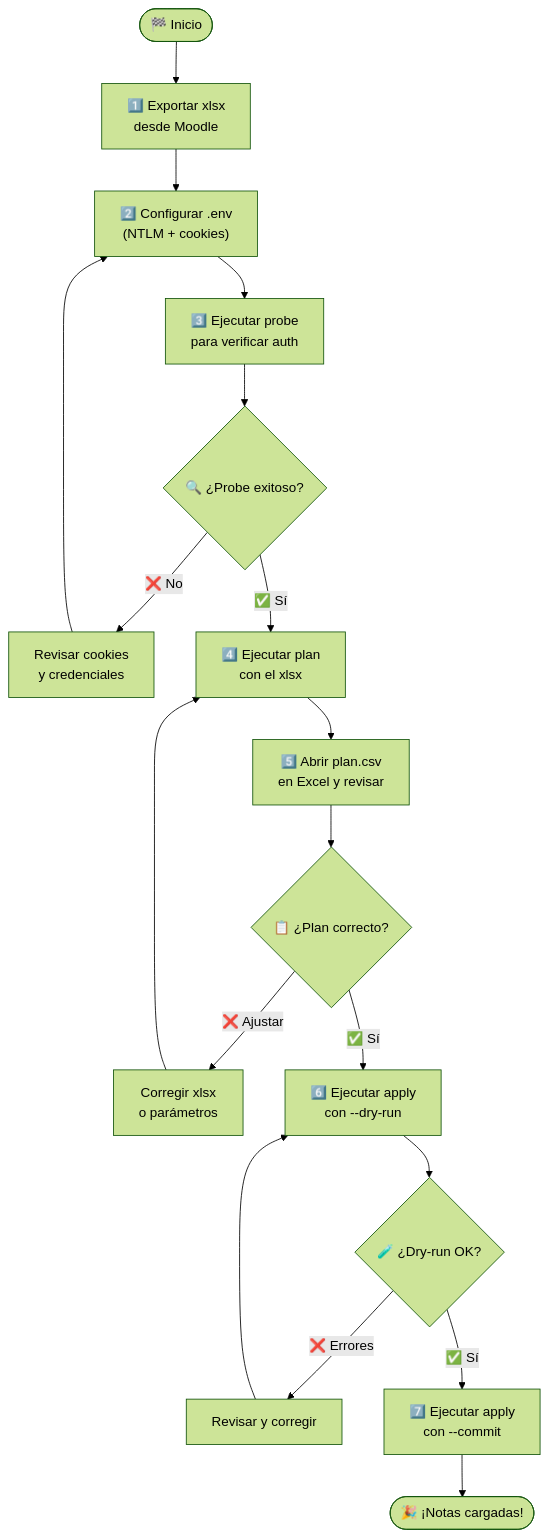
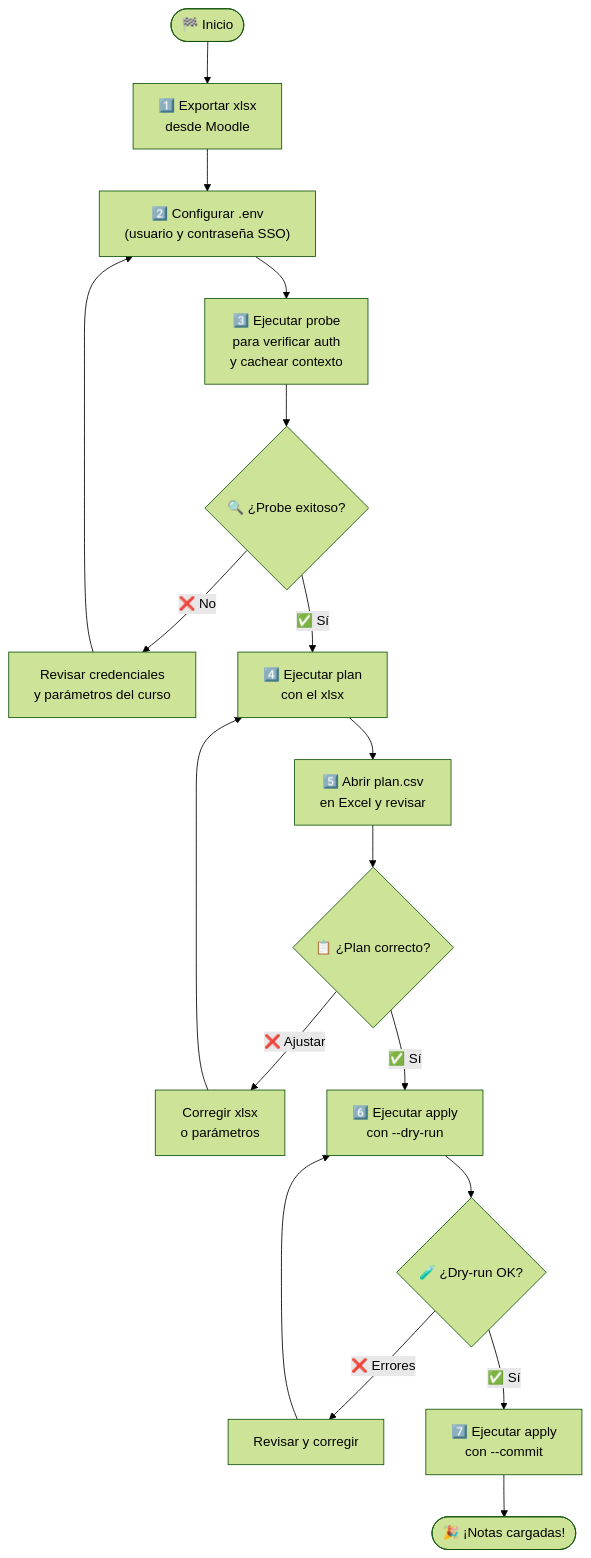
The fourth of 5 diagrams in README.md (chhdeza/grade-uploader), drawn with Mermaid (forest theme) before and after one commit. The commit also changed other lines of this file and 1 other file, not shown here.

First line of the commit message:
Remove obsolete cookie-based auth documentation

````diff
--- a/README.md
+++ b/README.md
@@ -721,24 +500,24 @@
 ```mermaid
 flowchart TD
     Start(["🏁 Inicio"]) --> Step1
     Step1["1️⃣ Exportar xlsx\ndesde Moodle"] --> Step2
-    Step2["2️⃣ Configurar .env\n(NTLM + cookies)"] --> Step3
-    Step3["3️⃣ Ejecutar probe\npara verificar auth"] --> Check1
+    Step2["2️⃣ Configurar .env\n(usuario y contraseña SSO)"] --> Step3
+    Step3["3️⃣ Ejecutar probe\npara verificar auth\ny cachear contexto"] --> Check1
     Check1{"🔍 ¿Probe exitoso?"}
-    Check1 -- "❌ No" --> Fix1["Revisar cookies\ny credenciales"]
+    Check1 -- "❌ No" --> Fix1["Revisar credenciales\ny parámetros del curso"]
     Fix1 --> Step2
     Check1 -- "✅ Sí" --> Step4
     Step4["4️⃣ Ejecutar plan\ncon el xlsx"] --> Step5
     Step5["5️⃣ Abrir plan.csv\nen Excel y revisar"] --> Check2
     Check2{"📋 ¿Plan correcto?"}
     Check2 -- "❌ Ajustar" --> Step4b["Corregir xlsx\no parámetros"]
     Step4b --> Step4
     Check2 -- "✅ Sí" --> Step6
     Step6["6️⃣ Ejecutar apply\ncon --dry-run"] --> Check3
     Check3{"🧪 ¿Dry-run OK?"}
     Check3 -- "❌ Errores" --> Fix2["Revisar y corregir"]
     Fix2 --> Step6
     Check3 -- "✅ Sí" --> Step7
     Step7["7️⃣ Ejecutar apply\ncon --commit"] --> Done
     Done(["🎉 ¡Notas cargadas!"])
 ```
````
